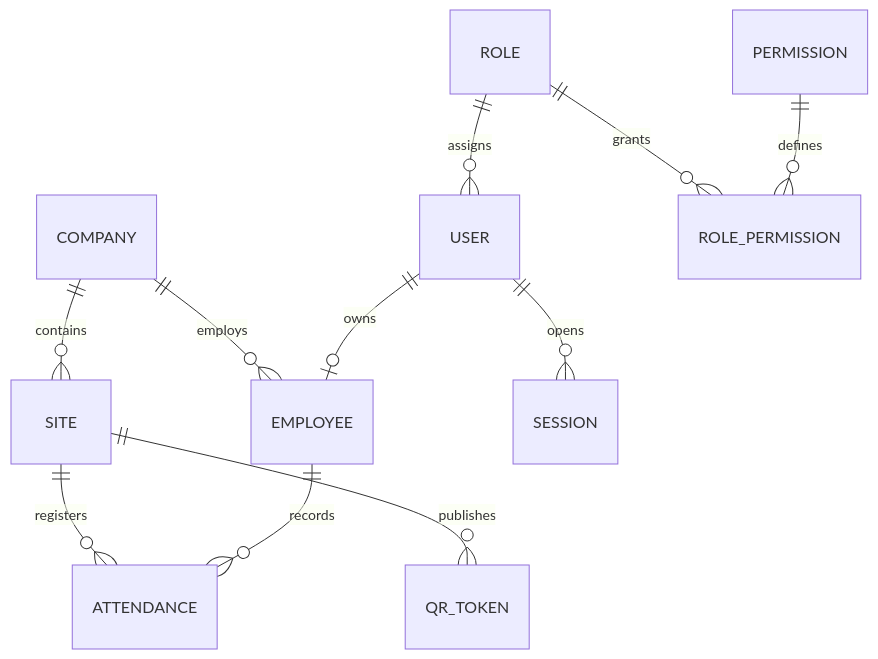
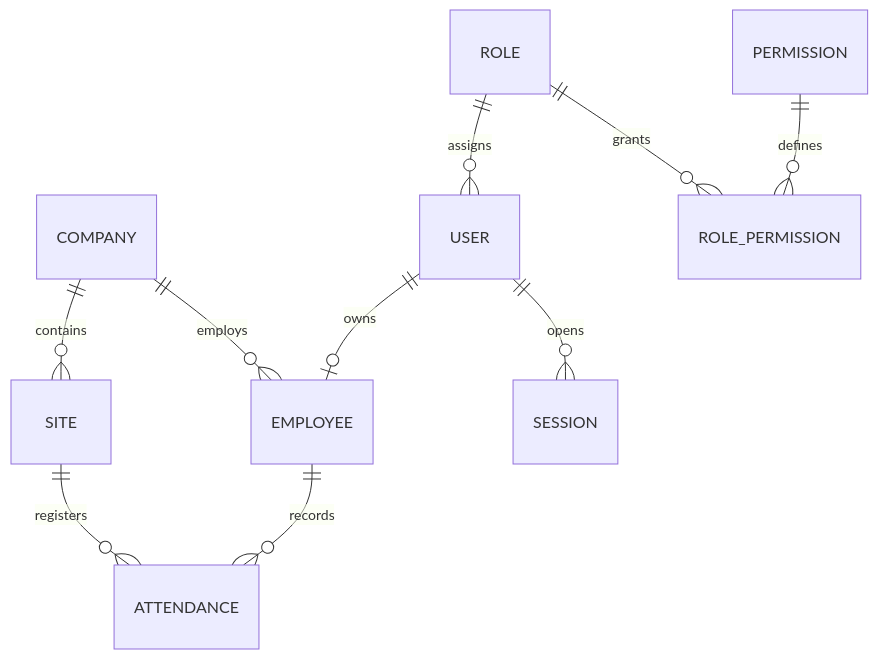
Before and after one commit to MSA-Automotriz/sistema_asistencia: the second of 2 diagrams in README.md, drawn with Mermaid. The commit also changed other lines of this file and 14 other files, not shown here.

````diff
--- a/README.md
+++ b/README.md
@@ -18,13 +18,12 @@
 ```mermaid
 erDiagram
   COMPANY ||--o{ SITE : contains
   COMPANY ||--o{ EMPLOYEE : employs
   ROLE ||--o{ USER : assigns
   ROLE ||--o{ ROLE_PERMISSION : grants
   PERMISSION ||--o{ ROLE_PERMISSION : defines
   USER ||--o| EMPLOYEE : owns
   SITE ||--o{ ATTENDANCE : registers
   EMPLOYEE ||--o{ ATTENDANCE : records
-  SITE ||--o{ QR_TOKEN : publishes
   USER ||--o{ SESSION : opens
 ```
````
